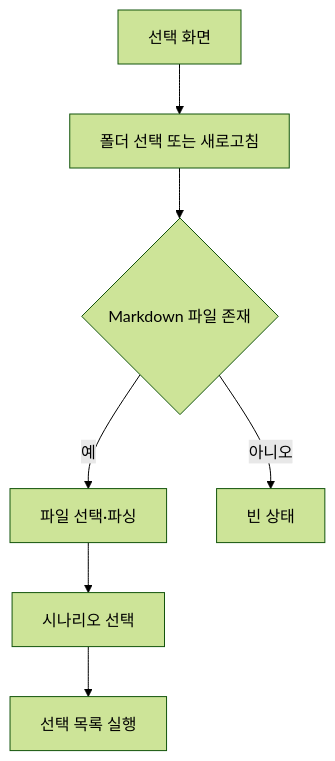
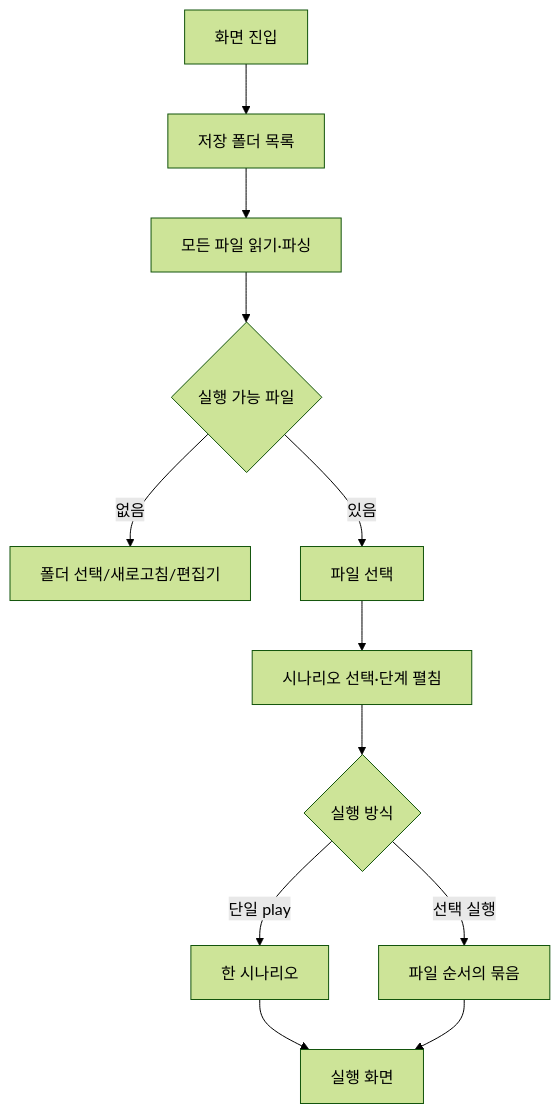
Before and after one commit to ph-1dnjs/checkly: the diagram in docs/04-pages/030-scenario-picker/02-userflow.md, drawn with Mermaid (forest theme). The commit also changed other lines of this file and 35 other files, not shown here.

Commit message:
docs: 시나리오 실행 및 설정 관련 문서 구조 개선 - IPC 변경사항과 명령어·이벤트 구조를 반영하여 API 연동 문서 수정 - 시나리오 실행 및 설정 관련 예외 케이스 문서 보완 - 설정 기능의 개요 및 사용자 플로우 문서 추가 - 여러 영역의 README 구조와 가독성 개선 - 함수 및 컴포넌트의 역할과 데이터 흐름이 명확하도록 문서 정리 - 배포 절차를 구체화하고 미검증 프로세스에 대한 주의사항 추가

````diff
--- a/docs/04-pages/030-scenario-picker/02-userflow.md
+++ b/docs/04-pages/030-scenario-picker/02-userflow.md
@@ -3,9 +3,14 @@
 ```mermaid
 flowchart TD
-  A[선택 화면] --> B[폴더 선택 또는 새로고침]
-  B --> C{Markdown 파일 존재}
-  C -->|예| D[파일 선택·파싱]
-  D --> E[시나리오 선택]
-  E --> F[선택 목록 실행]
-  C -->|아니오| G[빈 상태]
+  A[화면 진입] --> B[저장 폴더 목록]
+  B --> C[모든 파일 읽기·파싱]
+  C --> D{실행 가능 파일}
+  D -->|없음| E[폴더 선택/새로고침/편집기]
+  D -->|있음| F[파일 선택]
+  F --> G[시나리오 선택·단계 펼침]
+  G --> H{실행 방식}
+  H -->|단일 play| I[한 시나리오]
+  H -->|선택 실행| J[파일 순서의 묶음]
+  I --> K[실행 화면]
+  J --> K
 ```
````
